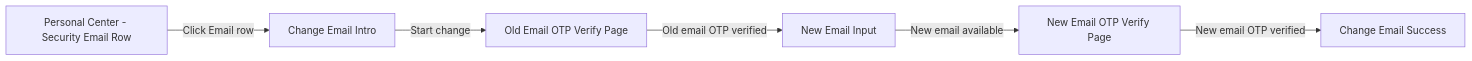
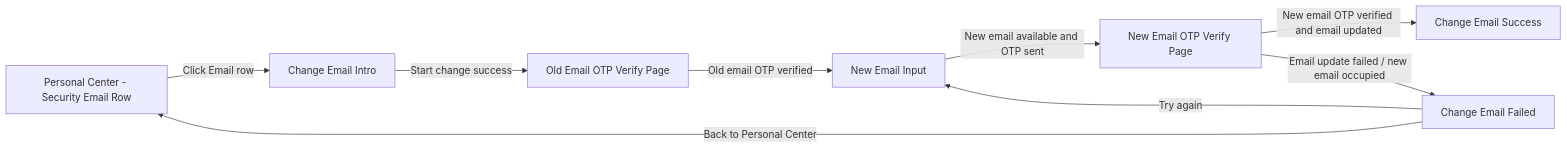
The third of 3 diagrams in requirements/2026-05/account/change-email.md (kelvin381539960-cyber/prd-for-ai), drawn with Mermaid before and after one commit. The commit also changed other lines of this file, not shown here.

Commit message:
Add Change Email Failed page and update page flows

````diff
--- a/requirements/2026-05/account/change-email.md
+++ b/requirements/2026-05/account/change-email.md
@@ -209,15 +209,19 @@
 ```mermaid
 flowchart LR
   A[Personal Center - Security Email Row]
   B[Change Email Intro]
   C[Old Email OTP Verify Page]
   D[New Email Input]
   E[New Email OTP Verify Page]
   F[Change Email Success]
+  G[Change Email Failed]
 
   A -->|Click Email row| B
-  B -->|Start change| C
+  B -->|Start change success| C
   C -->|Old email OTP verified| D
-  D -->|New email available| E
-  E -->|New email OTP verified| F
+  D -->|New email available and OTP sent| E
+  E -->|New email OTP verified and email updated| F
+  E -->|Email update failed / new email occupied| G
+  G -->|Try again| D
+  G -->|Back to Personal Center| A
 ```
````
